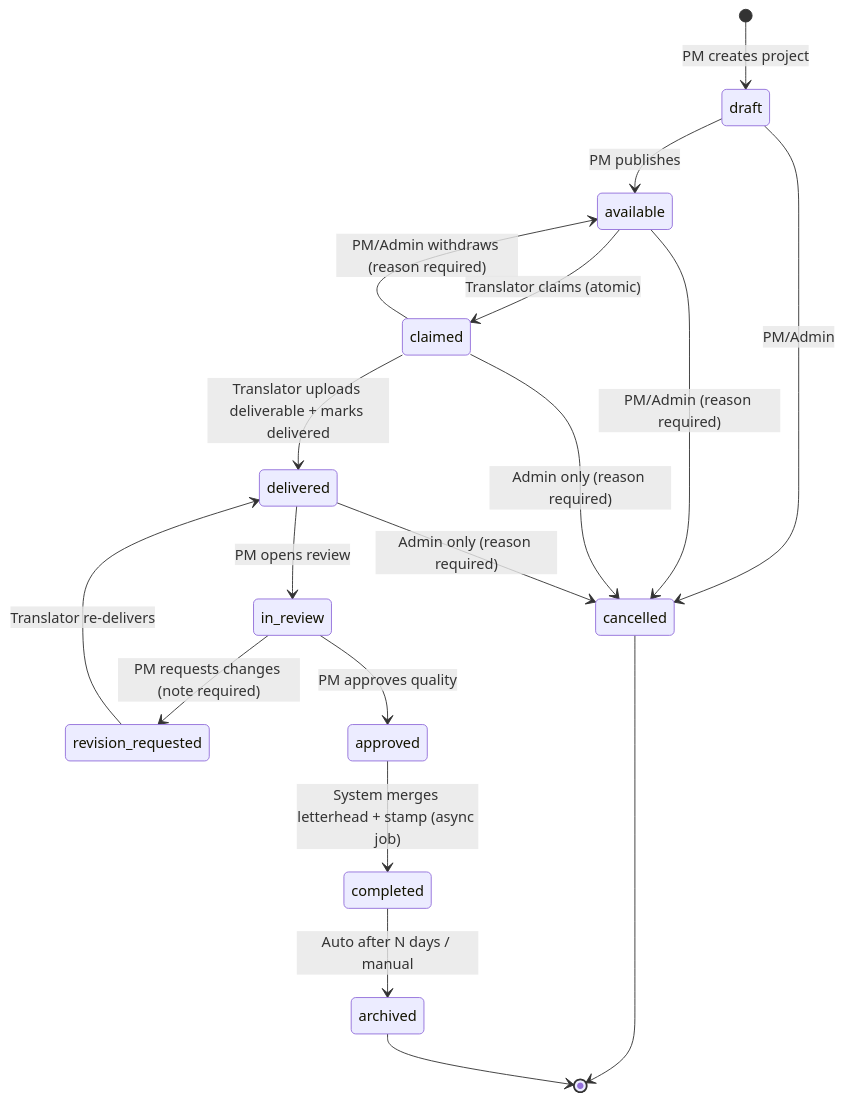
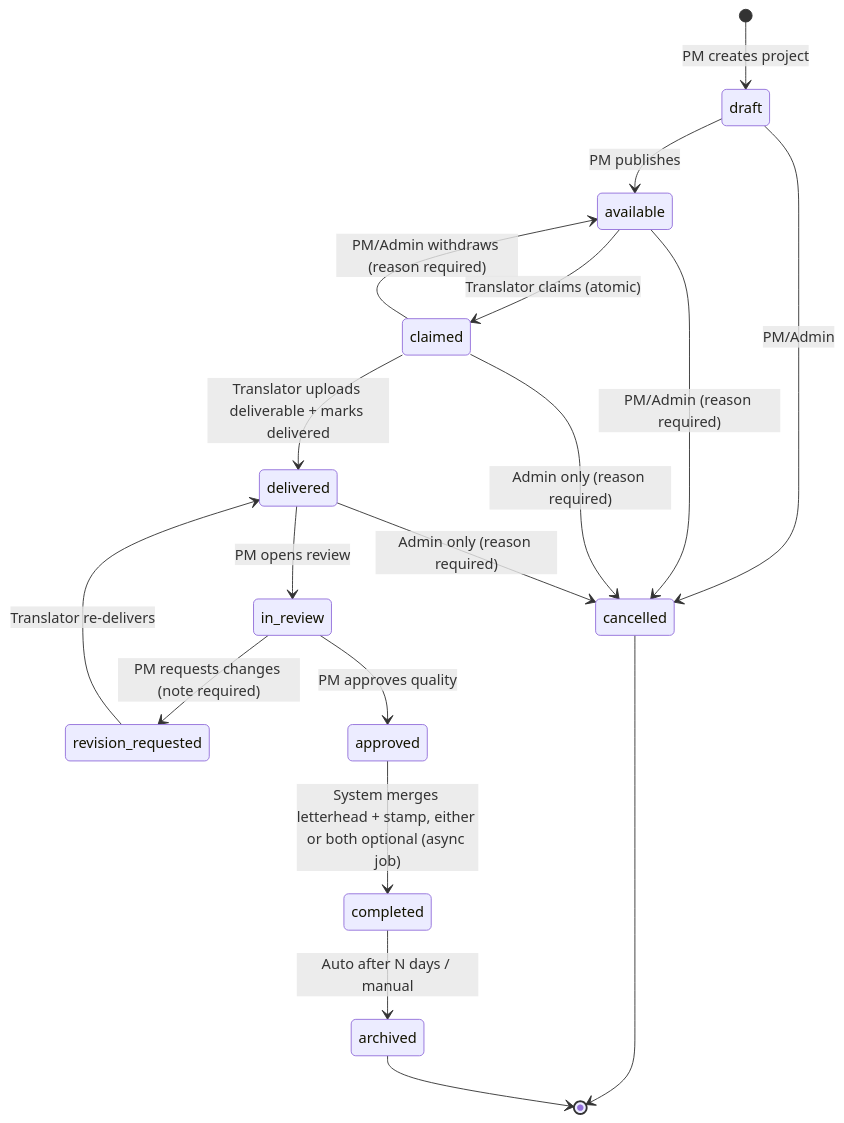
Before and after one commit to Technest-Tech/bahr-almaani: the diagram in docs/02-state-machine.md, drawn with Mermaid. The commit also changed other lines of this file and 12 other files, not shown here.

````diff
--- a/docs/02-state-machine.md
+++ b/docs/02-state-machine.md
@@ -9,20 +9,20 @@
 ```mermaid
 stateDiagram-v2
     [*] --> draft : PM creates project
     draft --> available : PM publishes
     available --> claimed : Translator claims (atomic)
     claimed --> delivered : Translator uploads deliverable + marks delivered
     claimed --> available : PM/Admin withdraws (reason required)
     delivered --> in_review : PM opens review
     in_review --> revision_requested : PM requests changes (note required)
     revision_requested --> delivered : Translator re-delivers
     in_review --> approved : PM approves quality
-    approved --> completed : System merges letterhead + stamp (async job)
+    approved --> completed : System merges letterhead + stamp, either or both optional (async job)
     completed --> archived : Auto after N days / manual
     draft --> cancelled : PM/Admin
     available --> cancelled : PM/Admin (reason required)
     claimed --> cancelled : Admin only (reason required)
     delivered --> cancelled : Admin only (reason required)
     cancelled --> [*]
     archived --> [*]
 ```
````
